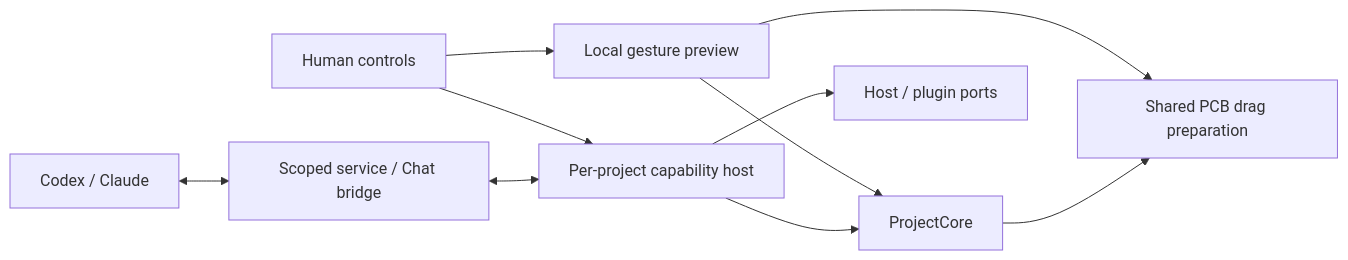
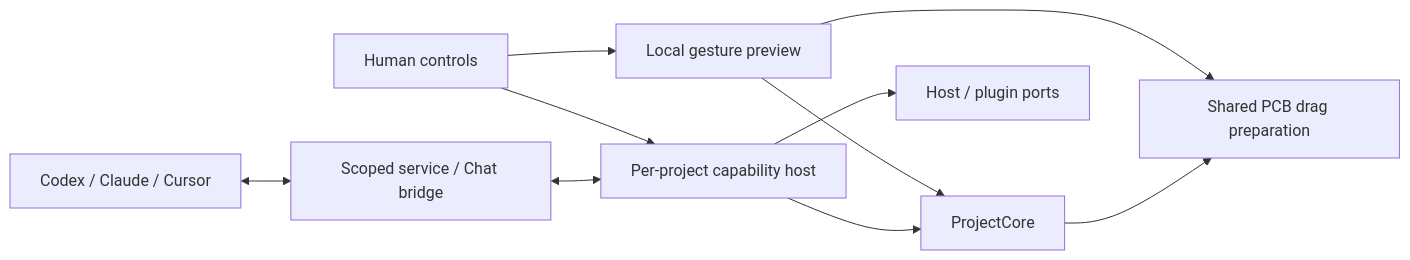
One commit to Open-Power-Electronics/OpenPE changed the second of 2 diagrams in docs/ARCHITECTURE.md. Above: the diagram before and after it, drawn with Mermaid. The commit also changed other lines of this file and 89 other files, not shown here.

````diff
--- a/docs/ARCHITECTURE.md
+++ b/docs/ARCHITECTURE.md
@@ -239,12 +241,12 @@
 ```mermaid
 flowchart LR
     UI[Human controls] --> Host[Per-project capability host]
-    Agent[Codex / Claude] <--> Bridge[Scoped service / Chat bridge]
+    Agent[Codex / Claude / Cursor] <--> Bridge[Scoped service / Chat bridge]
     Bridge <--> Host
     UI --> Preview[Local gesture preview]
     Preview --> Core[ProjectCore]
     Host --> Core
     Preview --> Drag[Shared PCB drag preparation]
     Core --> Drag
     Host --> Ports[Host / plugin ports]
 ```
````
